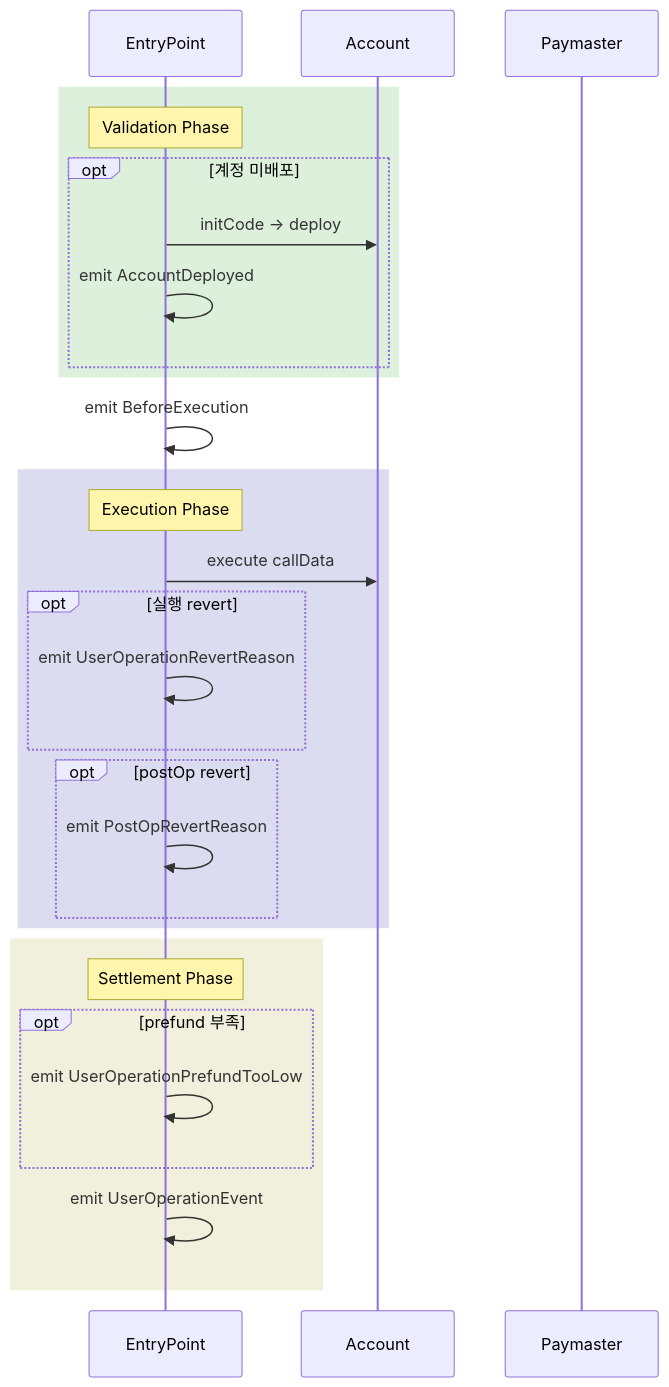
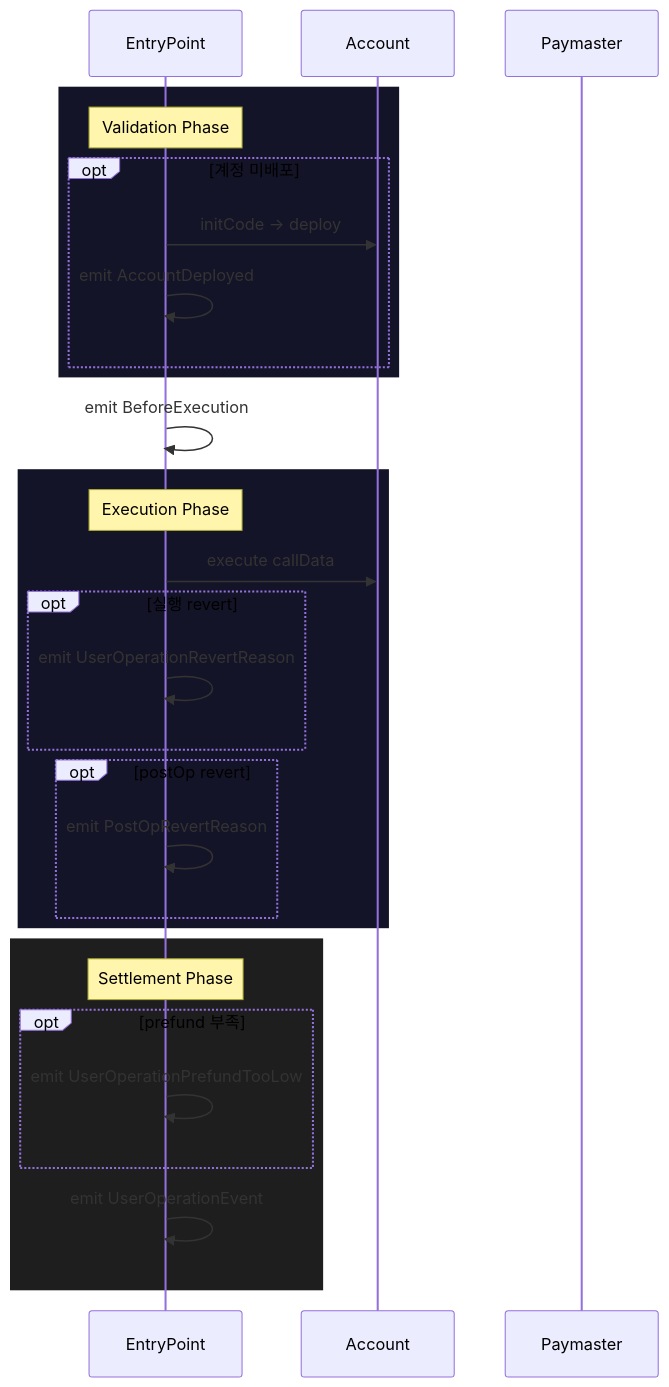
One commit to onlyhyde/stable-platform changed diagram 16 of 22 in docs/claude/spec/EIP-4337_스펙표준_정리.md. Above: the diagram before and after it, drawn with Mermaid. The commit also changed other lines of this file and 248 other files, not shown here.

````diff
--- a/docs/claude/spec/EIP-4337_스펙표준_정리.md
+++ b/docs/claude/spec/EIP-4337_스펙표준_정리.md
@@ -776,35 +825,35 @@
 ```mermaid
 sequenceDiagram
     participant EP as EntryPoint
     participant SA as Account
     participant PM as Paymaster
 
-    rect rgb(220, 240, 220)
+    rect rgb(20, 20, 40)
         Note over EP: Validation Phase
         opt 계정 미배포
             EP->>SA: initCode → deploy
             EP->>EP: emit AccountDeployed
         end
     end
 
     EP->>EP: emit BeforeExecution
 
-    rect rgb(220, 220, 240)
+    rect rgb(20, 20, 40)
         Note over EP: Execution Phase
         EP->>SA: execute callData
         opt 실행 revert
             EP->>EP: emit UserOperationRevertReason
         end
         opt postOp revert
             EP->>EP: emit PostOpRevertReason
         end
     end
 
-    rect rgb(240, 240, 220)
+    rect rgb(30, 30, 30)
         Note over EP: Settlement Phase
         opt prefund 부족
             EP->>EP: emit UserOperationPrefundTooLow
         end
         EP->>EP: emit UserOperationEvent
     end
 ```
````
